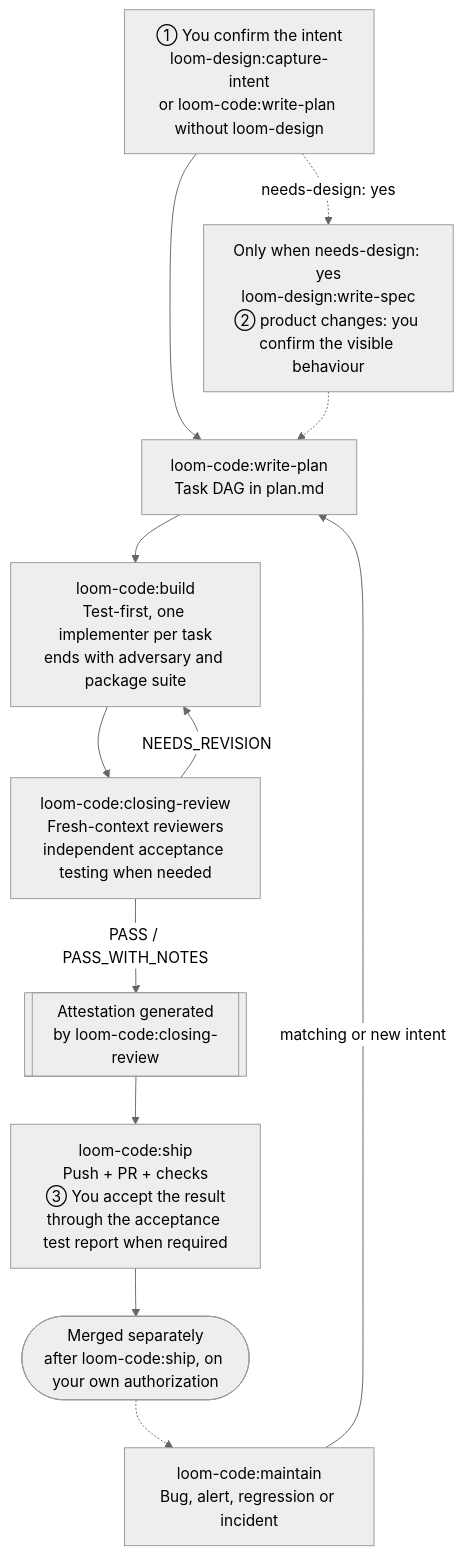
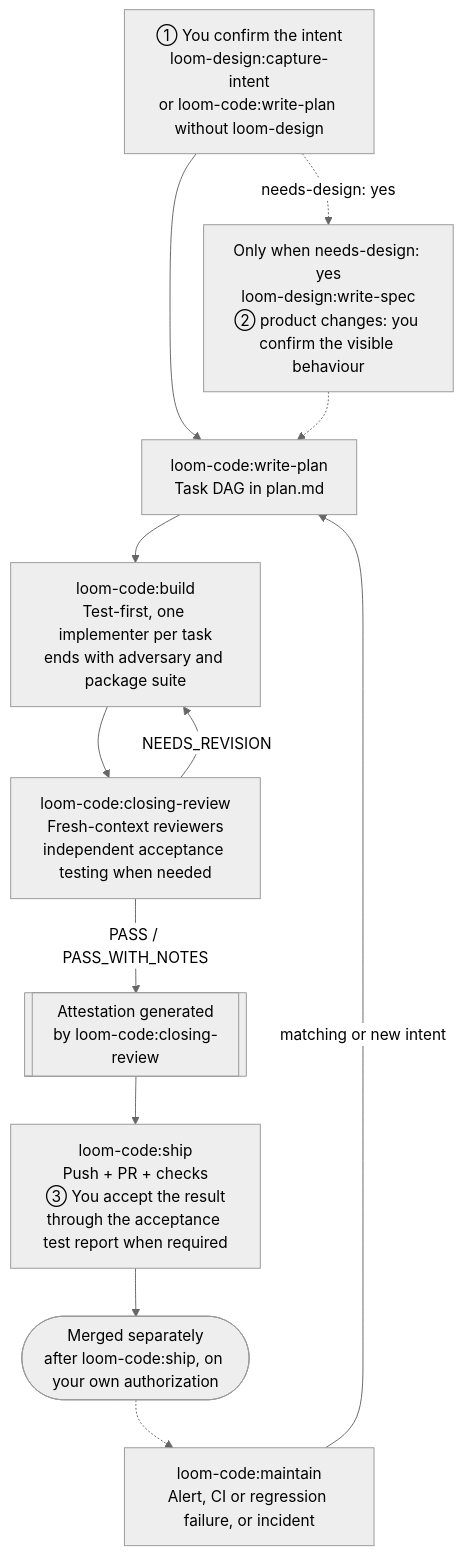
One commit to kouko/loom-plugins changed the diagram in loom-code/README.md. Above: the diagram before and after it, drawn with Mermaid (neutral theme). The commit also changed other lines of this file and 46 other files, not shown here.

First line of the commit message:
engineering(loom): enter loom for feature and bug-fix requests without outside rules (#75)

````diff
--- a/loom-code/README.md
+++ b/loom-code/README.md
@@ -19,24 +19,24 @@
 ```mermaid
 flowchart TD
     intent["① You confirm the intent<br/>loom-design:capture-intent<br/>or loom-code:write-plan without loom-design"]
     spec["Only when needs-design: yes<br/>loom-design:write-spec<br/>② product changes: you confirm the visible behaviour"]
     plan["loom-code:write-plan<br/>Task DAG in plan.md"]
     build["loom-code:build<br/>Test-first, one implementer per task<br/>ends with adversary and package suite"]
     review["loom-code:closing-review<br/>Fresh-context reviewers<br/>independent acceptance testing when needed"]
     attest[["Attestation generated<br/>by loom-code:closing-review"]]
     ship["loom-code:ship<br/>Push + PR + checks<br/>③ You accept the result<br/>through the acceptance test report when required"]
     merged(["Merged separately<br/>after loom-code:ship, on your own authorization"])
-    maintain["loom-code:maintain<br/>Bug, alert, regression or incident"]
+    maintain["loom-code:maintain<br/>Alert, CI or regression failure, or incident"]
 
     intent --> plan
     intent -.->|"needs-design: yes"| spec
     spec -.-> plan
     plan --> build
     build --> review
     review -->|"NEEDS_REVISION"| build
     review -->|"PASS / PASS_WITH_NOTES"| attest
     attest --> ship
     ship --> merged
     merged -.-> maintain
     maintain -->|"matching or new intent"| plan
 ```
````
